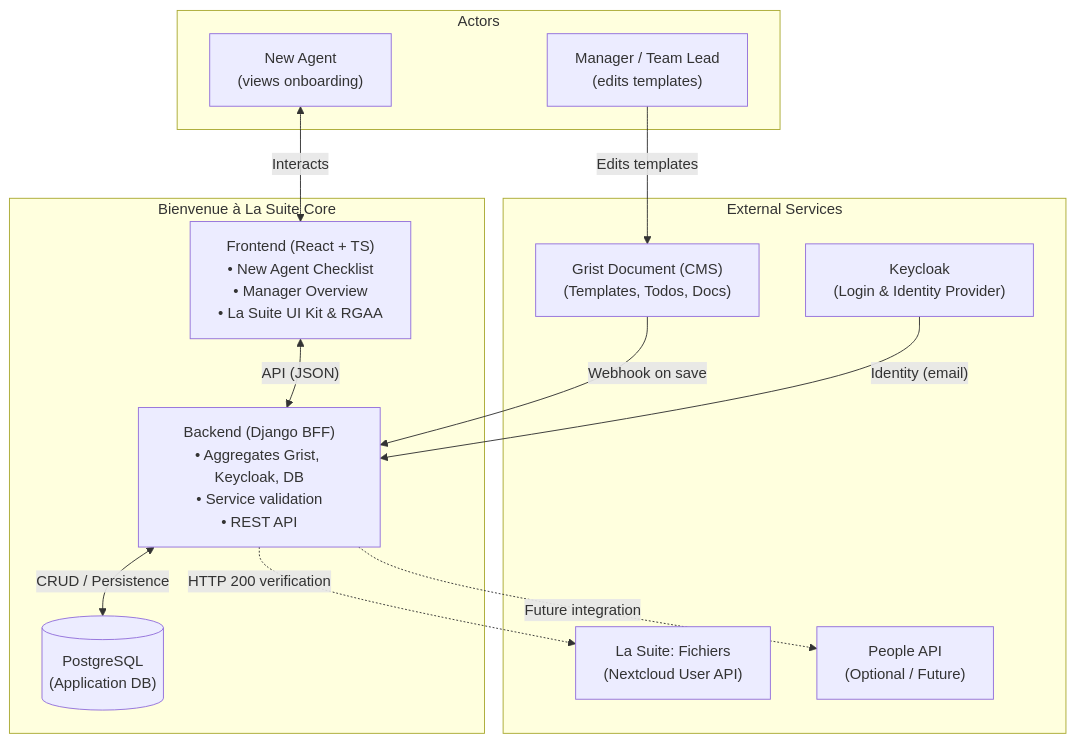
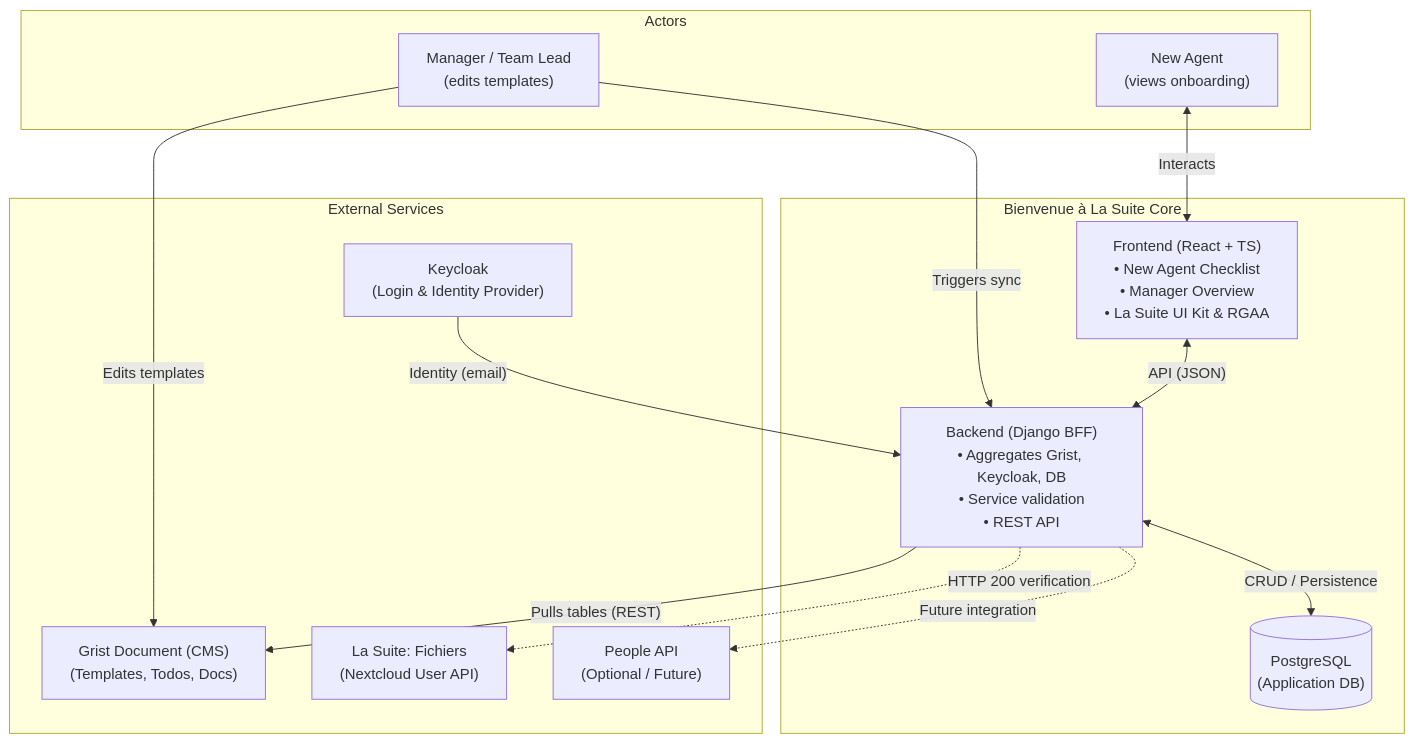
Before and after one commit to axelpolleux/bienvenue-lasuite: the diagram in doc/00-architecture-overview.md, drawn with Mermaid. The commit also changed other lines of this file and 5 other files, not shown here.

First line of the commit message:
docs: update architecture docs to match the real pull-based sync

````diff
--- a/doc/00-architecture-overview.md
+++ b/doc/00-architecture-overview.md
@@ -21,29 +21,30 @@
 ```mermaid
 flowchart TD
     subgraph People["Actors"]
         Manager["Manager / Team Lead\n(edits templates)"]
         Agent["New Agent\n(views onboarding)"]
     end
 
     subgraph External["External Services"]
         Grist["Grist Document (CMS)\n(Templates, Todos, Docs)"]
         Keycloak["Keycloak\n(Login & Identity Provider)"]
         Fichiers["La Suite: Fichiers\n(Nextcloud User API)"]
         PeopleAPI["People API\n(Optional / Future)"]
     end
 
     subgraph App["Bienvenue à La Suite Core"]
         Django["Backend (Django BFF)\n• Aggregates Grist, Keycloak, DB\n• Service validation\n• REST API"]
         Postgres[("PostgreSQL\n(Application DB)")]
         Frontend["Frontend (React + TS)\n• New Agent Checklist\n• Manager Overview\n• La Suite UI Kit & RGAA"]
     end
 
     Manager -->|"Edits templates"| Grist
-    Grist -->|"Webhook on save"| Django
+    Manager -->|"Triggers sync"| Django
+    Django -->|"Pulls tables (REST)"| Grist
     Keycloak -->|"Identity (email)"| Django
     Django <-->|"CRUD / Persistence"| Postgres
     Frontend <-->|"API (JSON)"| Django
     Agent <-->|"Interacts"| Frontend
     Django -.->|"HTTP 200 verification"| Fichiers
     Django -.->|"Future integration"| PeopleAPI
 ```
````
